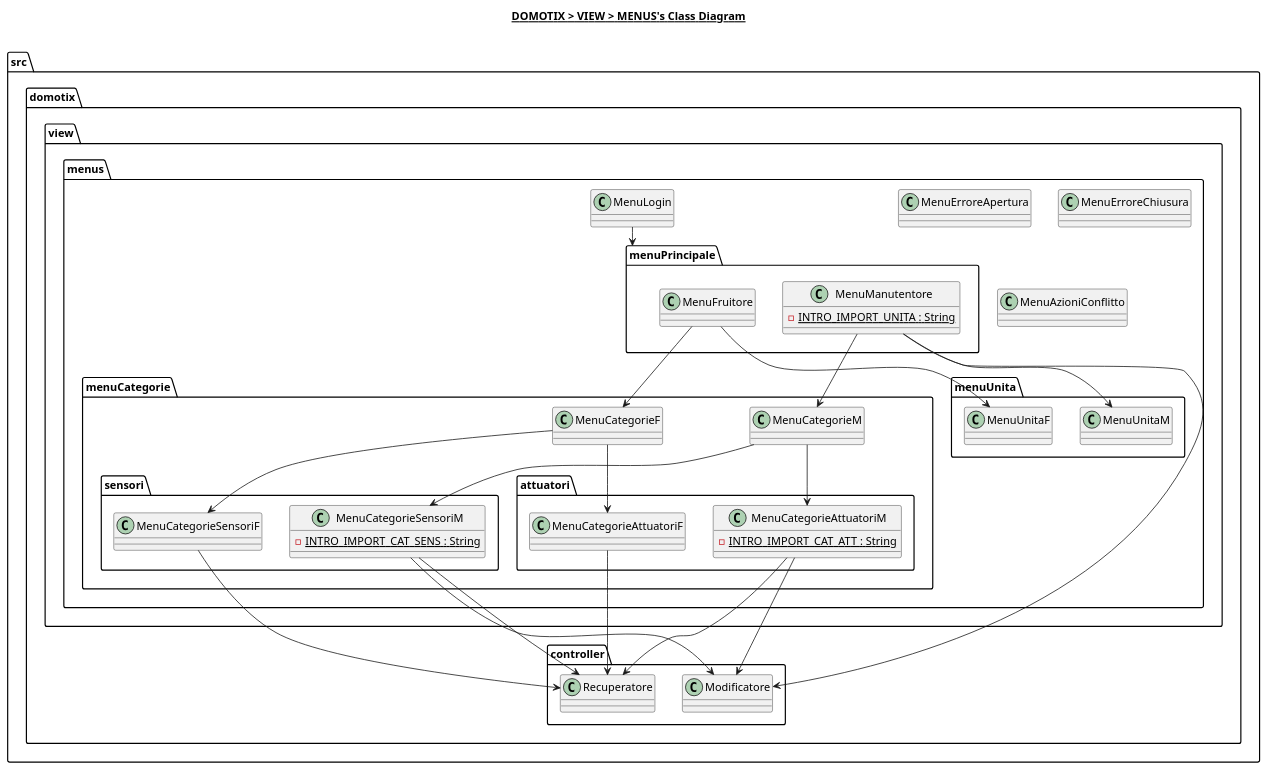
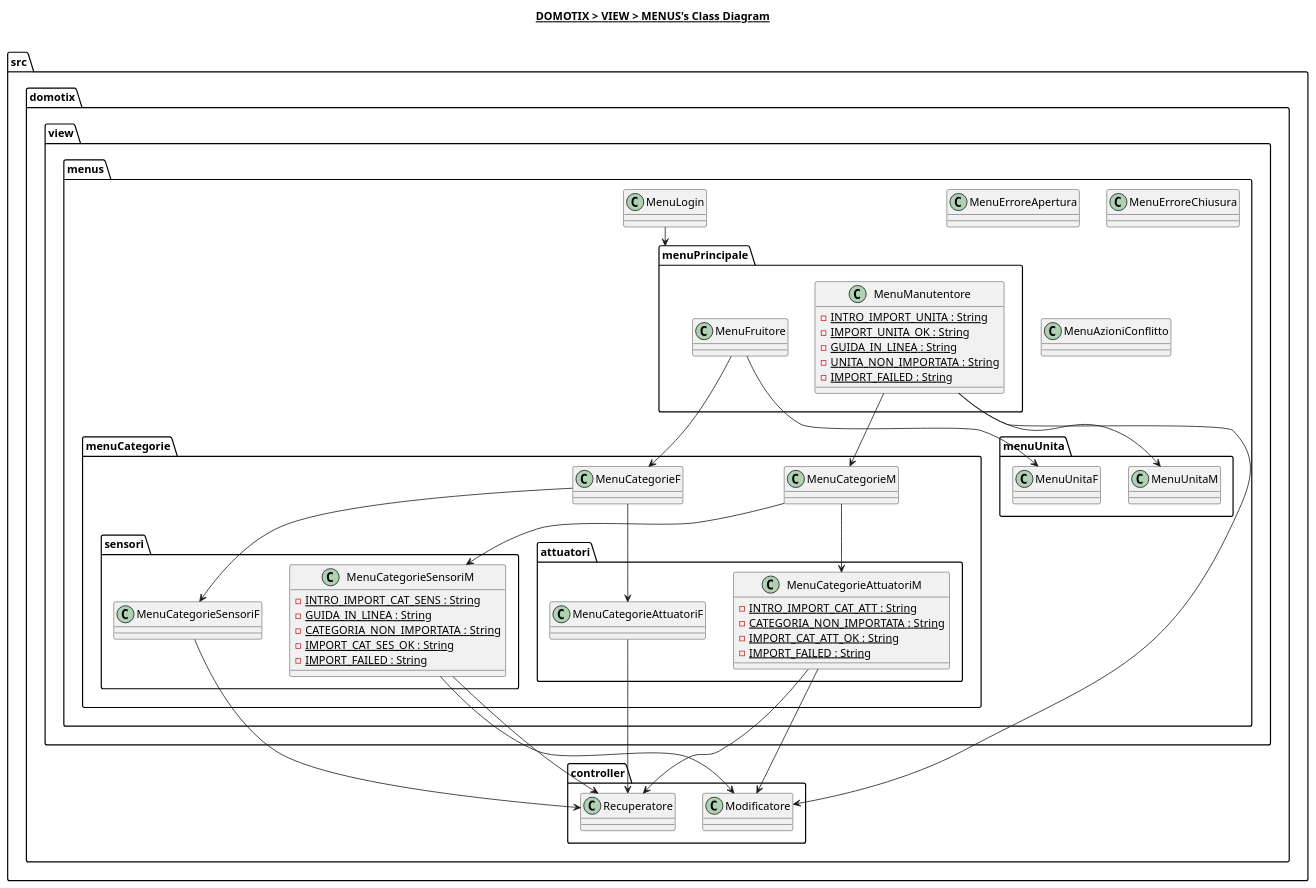
One commit to Edoar-do/Domotix changed the diagram in src/domotix/view/menus/menus.plantuml. Above: the diagram before and after it, drawn with PlantUML. The commit also changed 1 other file, not shown here.

Commit message:
Aggiorno diagrammi V5

```diff
--- a/src/domotix/view/menus/menus.plantuml
+++ b/src/domotix/view/menus/menus.plantuml
@@ -1,76 +1,86 @@
 @startuml
 
 title __DOMOTIX > VIEW > MENUS's Class Diagram__\n
 
 namespace src.domotix.view.menus {
     class src.domotix.view.menus.MenuErroreApertura {
     }
 
     class src.domotix.view.menus.MenuErroreChiusura {
     }
 
     class src.domotix.view.menus.MenuAzioniConflitto {
     }
 
     class src.domotix.view.menus.MenuLogin {
     }
 
     namespace menuPrincipale {
         class src.domotix.view.menus.menuPrincipale.MenuFruitore {
         }
 
         class src.domotix.view.menus.menuPrincipale.MenuManutentore {
             {static} - INTRO_IMPORT_UNITA : String
+            {static} - IMPORT_UNITA_OK : String
+            {static} - GUIDA_IN_LINEA : String
+            {static} - UNITA_NON_IMPORTATA : String
+            {static} - IMPORT_FAILED : String
         }
     }
 
     namespace menuCategorie {
         class src.domotix.view.menus.menuCategorie.MenuCategorieF {
         }
 
         class src.domotix.view.menus.menuCategorie.MenuCategorieM {
         }
 
         namespace sensori {
             class src.domotix.view.menus.menuCategorie.sensori.MenuCategorieSensoriF {
             }
 
             class src.domotix.view.menus.menuCategorie.sensori.MenuCategorieSensoriM {
                 {static} - INTRO_IMPORT_CAT_SENS : String
+                {static} - GUIDA_IN_LINEA : String
+                {static} - CATEGORIA_NON_IMPORTATA : String
+                {static} - IMPORT_CAT_SES_OK : String
+                {static} - IMPORT_FAILED : String
             }
         }
 
         namespace attuatori {
             class src.domotix.view.menus.menuCategorie.attuatori.MenuCategorieAttuatoriF {
             }
 
             class src.domotix.view.menus.menuCategorie.attuatori.MenuCategorieAttuatoriM {
                 {static} - INTRO_IMPORT_CAT_ATT : String
-
+                {static} - CATEGORIA_NON_IMPORTATA : String
+                {static} - IMPORT_CAT_ATT_OK : String
+                {static} - IMPORT_FAILED : String
             }
         }
     }
 
     namespace menuUnita {
     }
 }
 
 src.domotix.view.menus.MenuLogin --> src.domotix.view.menus.menuPrincipale
 src.domotix.view.menus.menuPrincipale.MenuManutentore --> src.domotix.view.menus.menuUnita.MenuUnitaM
 src.domotix.view.menus.menuPrincipale.MenuFruitore --> src.domotix.view.menus.menuUnita.MenuUnitaF
 src.domotix.view.menus.menuPrincipale.MenuManutentore --> src.domotix.view.menus.menuCategorie.MenuCategorieM
 src.domotix.view.menus.menuPrincipale.MenuFruitore --> src.domotix.view.menus.menuCategorie.MenuCategorieF
 src.domotix.view.menus.menuCategorie.MenuCategorieM --> src.domotix.view.menus.menuCategorie.attuatori.MenuCategorieAttuatoriM
 src.domotix.view.menus.menuCategorie.MenuCategorieM --> src.domotix.view.menus.menuCategorie.sensori.MenuCategorieSensoriM
 src.domotix.view.menus.menuCategorie.MenuCategorieF --> src.domotix.view.menus.menuCategorie.attuatori.MenuCategorieAttuatoriF
 src.domotix.view.menus.menuCategorie.MenuCategorieF --> src.domotix.view.menus.menuCategorie.sensori.MenuCategorieSensoriF
 
 src.domotix.view.menus.menuCategorie.attuatori.MenuCategorieAttuatoriM --> src.domotix.controller.Modificatore
 src.domotix.view.menus.menuCategorie.attuatori.MenuCategorieAttuatoriM --> src.domotix.controller.Recuperatore
 src.domotix.view.menus.menuCategorie.attuatori.MenuCategorieAttuatoriF --> src.domotix.controller.Recuperatore
 src.domotix.view.menus.menuCategorie.sensori.MenuCategorieSensoriM --> src.domotix.controller.Modificatore
 src.domotix.view.menus.menuCategorie.sensori.MenuCategorieSensoriM --> src.domotix.controller.Recuperatore
 src.domotix.view.menus.menuCategorie.sensori.MenuCategorieSensoriF --> src.domotix.controller.Recuperatore
 src.domotix.view.menus.menuPrincipale.MenuManutentore --> src.domotix.controller.Modificatore
 
 @enduml
```
